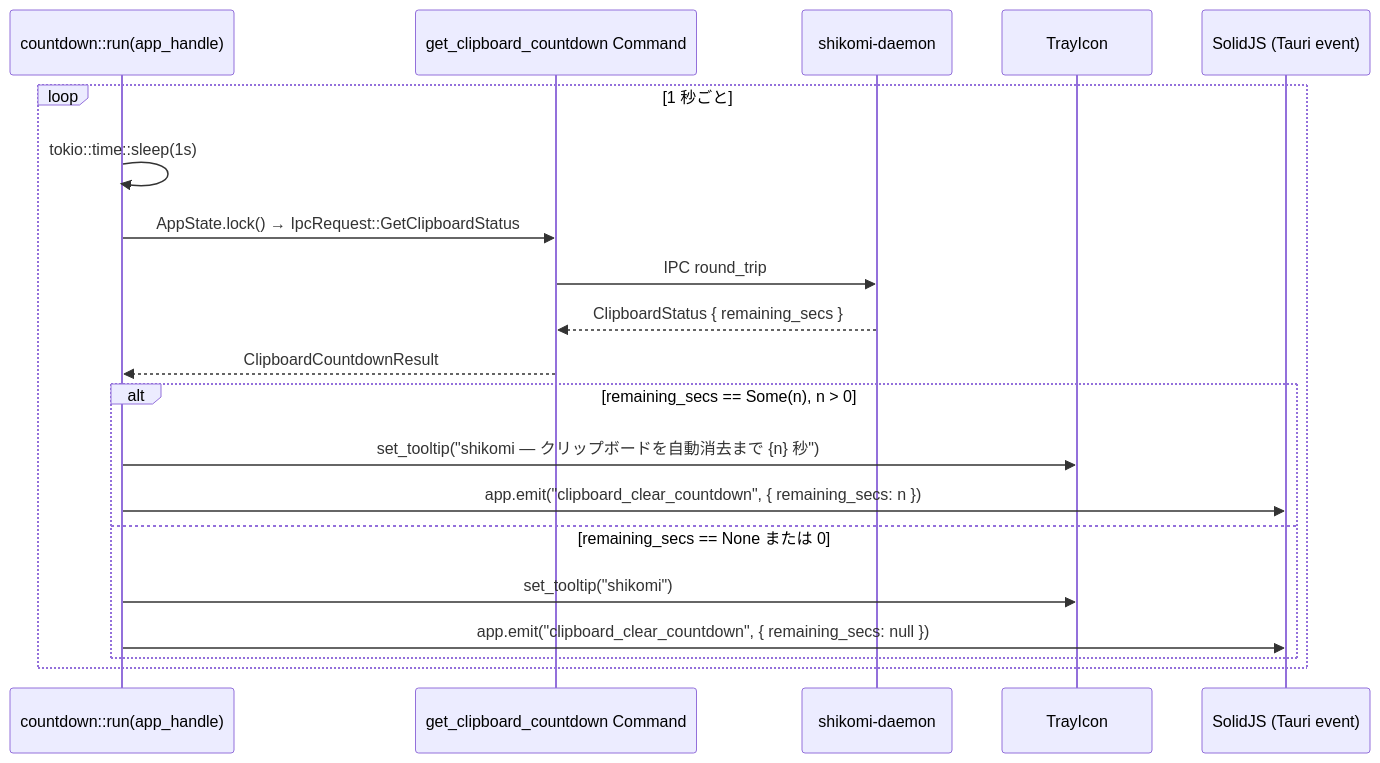
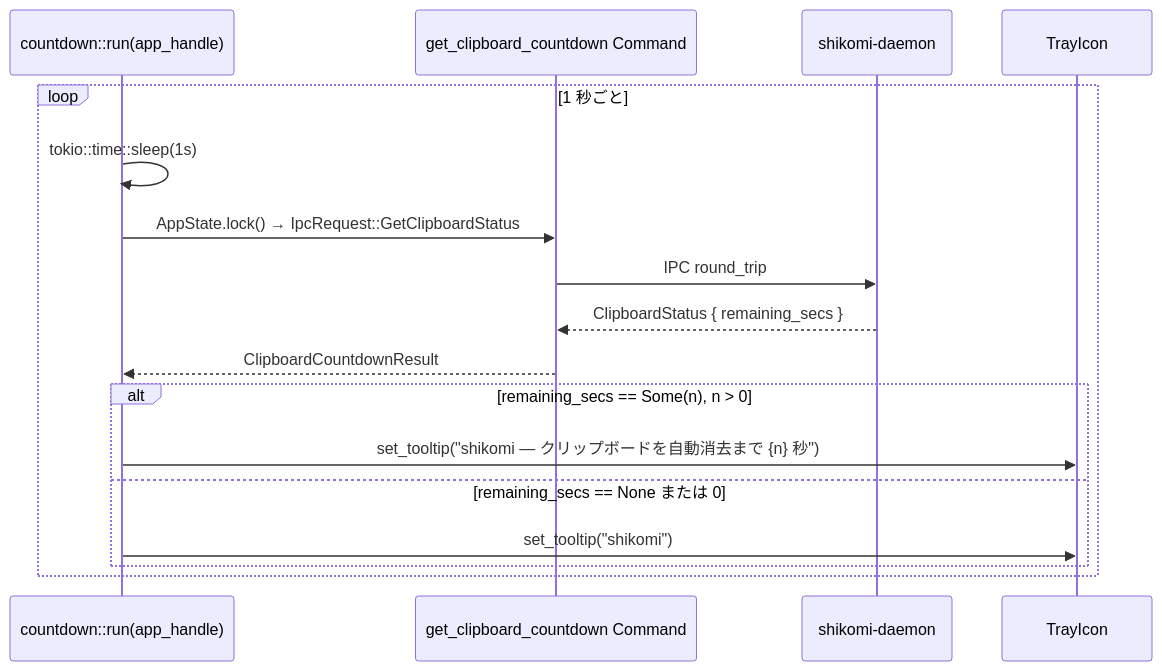
One commit to shikomi-dev/shikomi changed the fifth of 5 diagrams in docs/features/shikomi-gui/system-tray/detailed-design.md. Above: the diagram before and after it, drawn with Mermaid. The commit also changed other lines of this file and 1 other file, not shown here.

````diff
--- a/docs/features/shikomi-gui/system-tray/detailed-design.md
+++ b/docs/features/shikomi-gui/system-tray/detailed-design.md
@@ -130,24 +130,20 @@
 ```mermaid
 sequenceDiagram
     participant Task as countdown::run(app_handle)
     participant Cmd as get_clipboard_countdown Command
     participant Daemon as shikomi-daemon
     participant Tray as TrayIcon
-    participant SolidJS as SolidJS (Tauri event)
-
     loop 1 秒ごと
         Task->>Task: tokio::time::sleep(1s)
         Task->>Cmd: AppState.lock() → IpcRequest::GetClipboardStatus
         Cmd->>Daemon: IPC round_trip
         Daemon-->>Cmd: ClipboardStatus { remaining_secs }
         Cmd-->>Task: ClipboardCountdownResult
 
         alt remaining_secs == Some(n), n > 0
             Task->>Tray: set_tooltip("shikomi — クリップボードを自動消去まで {n} 秒")
-            Task->>SolidJS: app.emit("clipboard_clear_countdown", { remaining_secs: n })
         else remaining_secs == None または 0
             Task->>Tray: set_tooltip("shikomi")
-            Task->>SolidJS: app.emit("clipboard_clear_countdown", { remaining_secs: null })
         end
     end
 ```
````
